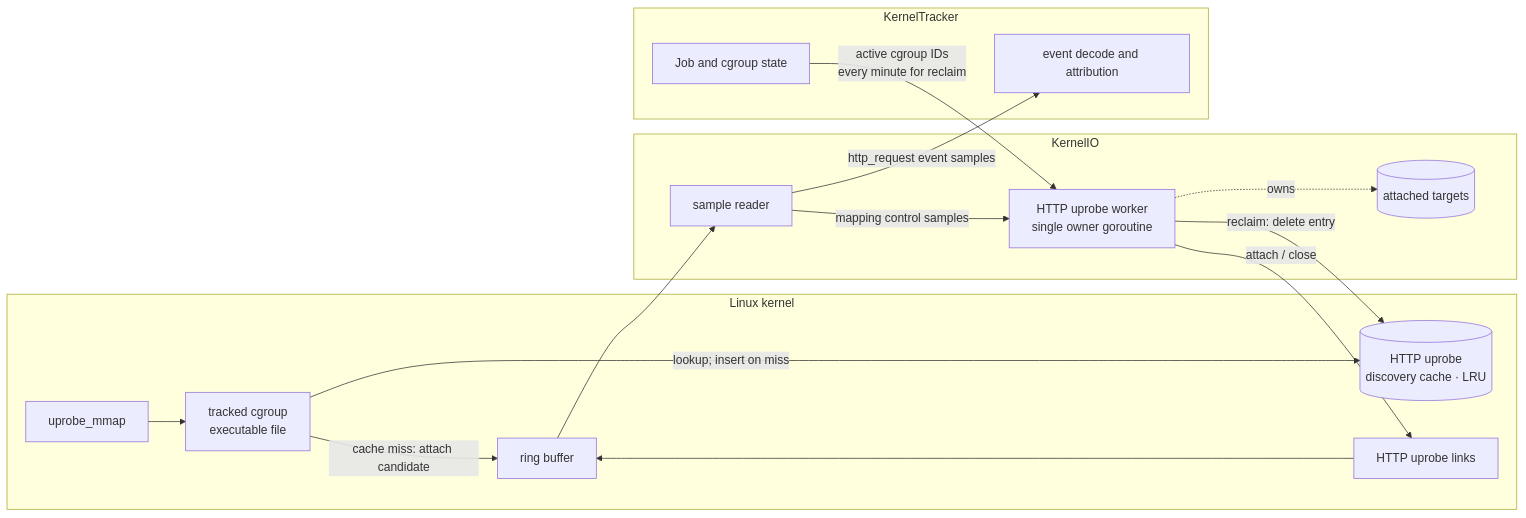
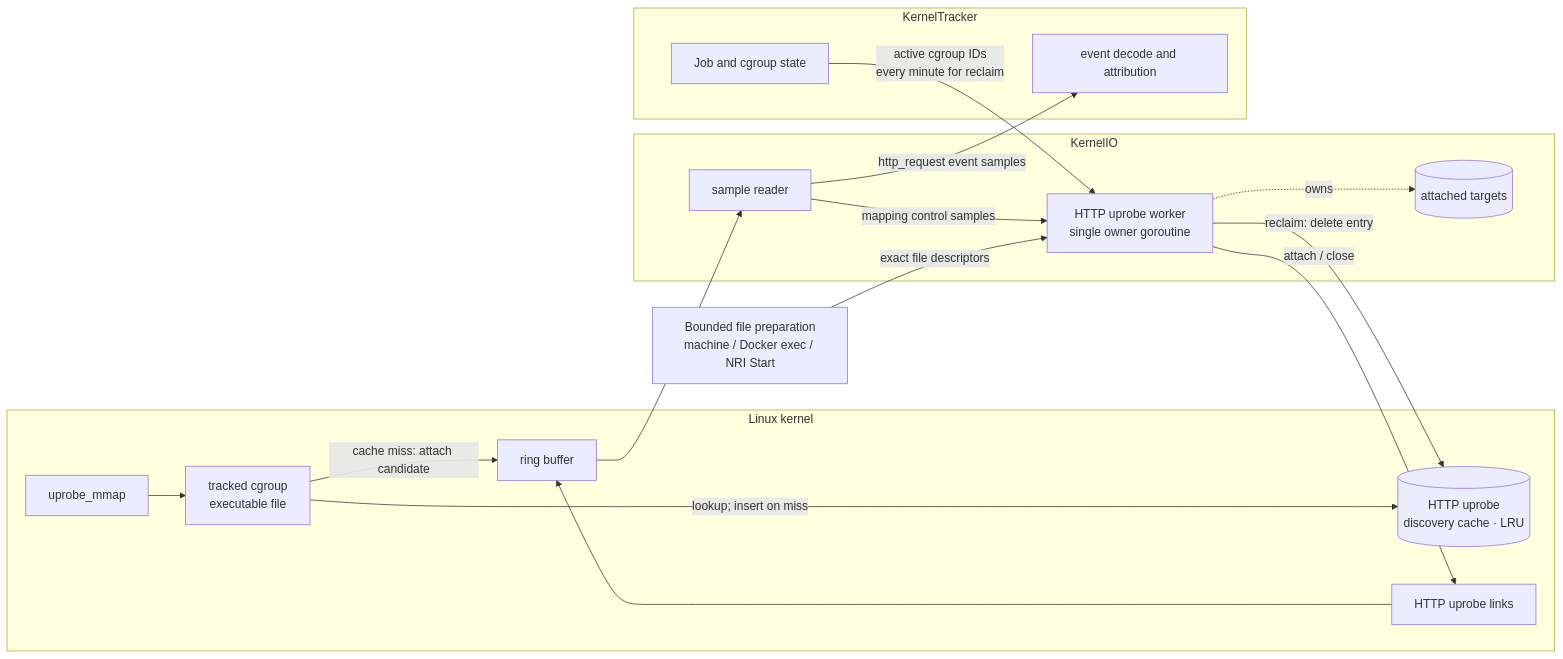
The first of 4 diagrams in docs/developer-guide/ebpf/http-uprobes.md (cicd-sensor/cicd-sensor), drawn with Mermaid before and after one commit. The commit also changed other lines of this file and 58 other files, not shown here.

````diff
--- a/docs/developer-guide/ebpf/http-uprobes.md
+++ b/docs/developer-guide/ebpf/http-uprobes.md
@@ -43,33 +43,36 @@
 ```mermaid
 flowchart LR
     subgraph KERNEL["Linux kernel"]
         MMAP["uprobe_mmap"]
         FILTER["tracked cgroup<br/>executable file"]
         CACHE[("HTTP uprobe<br/>discovery cache · LRU")]
         LINKS["HTTP uprobe links"]
         EVENTS["ring buffer"]
         MMAP --> FILTER
         FILTER -->|"lookup; insert on miss"| CACHE
         FILTER -->|"cache miss: attach candidate"| EVENTS
         LINKS --> EVENTS
     end
 
     subgraph KIO["KernelIO"]
         READER["sample reader"]
         WORKER["HTTP uprobe worker<br/>single owner goroutine"]
         TARGETS[("attached targets")]
         READER -->|"mapping control samples"| WORKER
         WORKER -.->|"owns"| TARGETS
     end
 
+    PREP["Bounded file preparation<br/>machine / Docker exec / NRI Start"]
+    PREP -->|"exact file descriptors"| WORKER
+
     subgraph KT["KernelTracker"]
         CGROUPS["Job and cgroup state"]
         DECODE["event decode and attribution"]
     end
 
     EVENTS --> READER
     WORKER -->|"attach / close"| LINKS
     WORKER -->|"reclaim: delete entry"| CACHE
     CGROUPS -->|"active cgroup IDs<br/>every minute for reclaim"| WORKER
     READER -->|"http_request event samples"| DECODE
 ```
````
